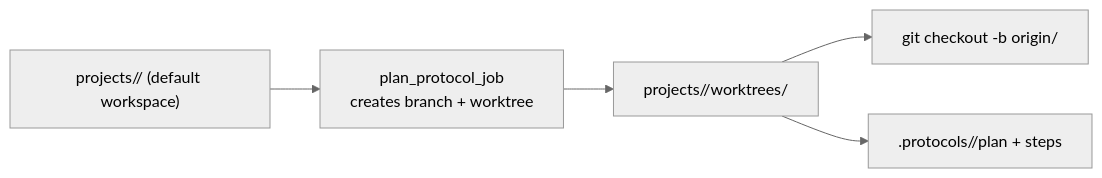
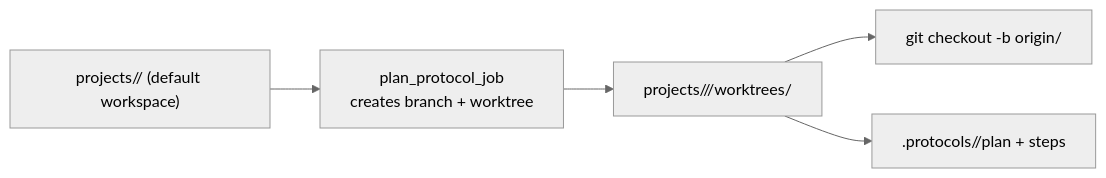
One commit to SergeySdv/dev-pipeline changed the second of 4 diagrams in docs/architecture.md. Above: the diagram before and after it, drawn with Mermaid (neutral theme). The commit also changed other lines of this file and 24 other files, not shown here.

````diff
--- a/docs/architecture.md
+++ b/docs/architecture.md
@@ -137,7 +137,7 @@
 ```mermaid
 flowchart LR
   Repo["projects/<project_id>/<repo> (default workspace)"] --> Plan["plan_protocol_job\ncreates branch + worktree"]
-  Plan --> WT["projects/<project_id>/worktrees/<protocol_name>"]
+  Plan --> WT["projects/<project_id>/<repo_name>/worktrees/<protocol_name>"]
   WT --> Branch["git checkout -b <protocol_name> origin/<base_branch>"]
   WT --> Prot[".protocols/<protocol_name>/plan + steps"]
 ```
````
